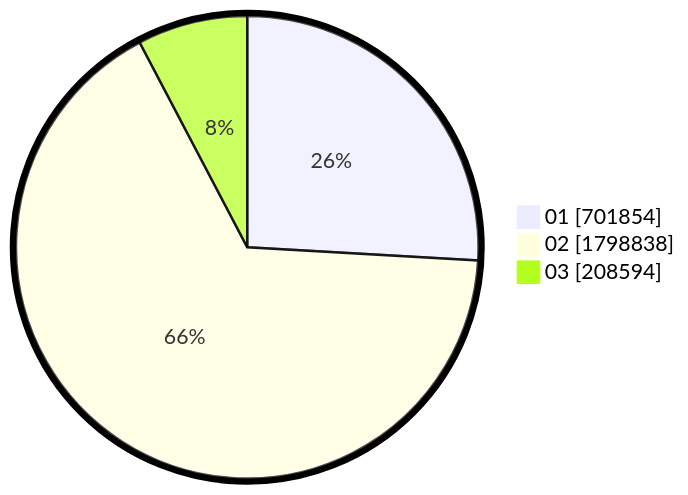
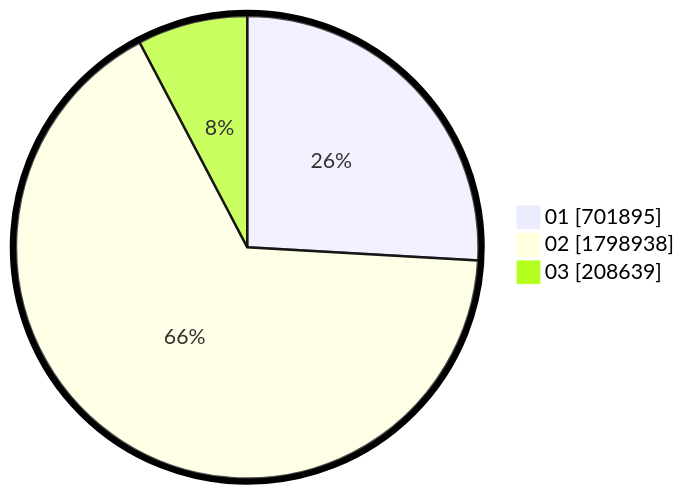
One commit to gigit-pemilu/pemilu-2024 changed the second of 2 diagrams in pilpres/hitung-suara/sub/table-wilayah-52.md. Above: the diagram before and after it, drawn with Mermaid. The commit also changed other lines of this file and 9 other files, not shown here.

````diff
--- a/pilpres/hitung-suara/sub/table-wilayah-52.md
+++ b/pilpres/hitung-suara/sub/table-wilayah-52.md
@@ -15,7 +15,7 @@
 ```mermaid
 %%{init: {"pie": {"textPosition": 0.5}, "themeVariables": {"pieOuterStrokeWidth": "5px"}} }%%
 pie showData
-    "01" : 701854
-    "02" : 1798838
-    "03" : 208594
+    "01" : 701895
+    "02" : 1798938
+    "03" : 208639
 ```
````
